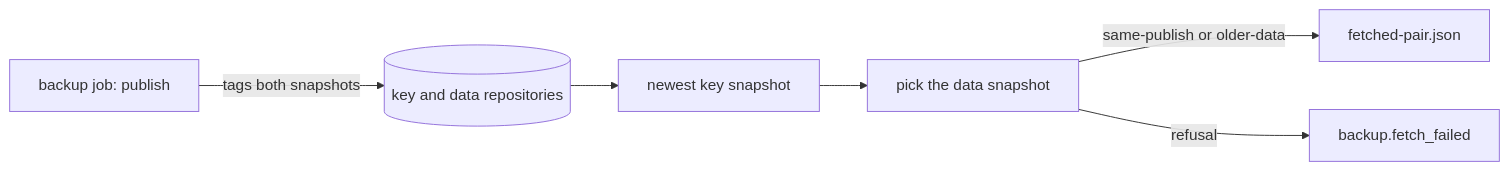
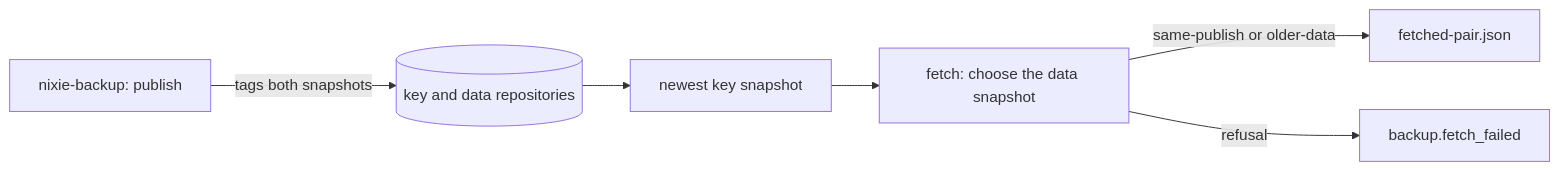
The diagram in docs/architecture/deployment/backup-pair.md (zgeoff/nixie), drawn with Mermaid before and after one commit. The commit also changed other lines of this file and 3 other files, not shown here.

````diff
--- a/docs/architecture/deployment/backup-pair.md
+++ b/docs/architecture/deployment/backup-pair.md
@@ -11,8 +24,8 @@
 ```mermaid
 flowchart LR
-  publish[backup job: publish] -->|"tags both snapshots"| repos[(key and data repositories)]
+  publish[nixie-backup: publish] -->|"tags both snapshots"| repos[(key and data repositories)]
   repos --> newest[newest key snapshot]
-  newest --> pick[pick the data snapshot]
-  pick -->|"same-publish or older-data"| file[fetched-pair.json]
-  pick -->|"refusal"| fail[backup.fetch_failed]
+  newest --> choose[fetch: choose the data snapshot]
+  choose -->|"same-publish or older-data"| file[fetched-pair.json]
+  choose -->|"refusal"| fail[backup.fetch_failed]
 ```
````
